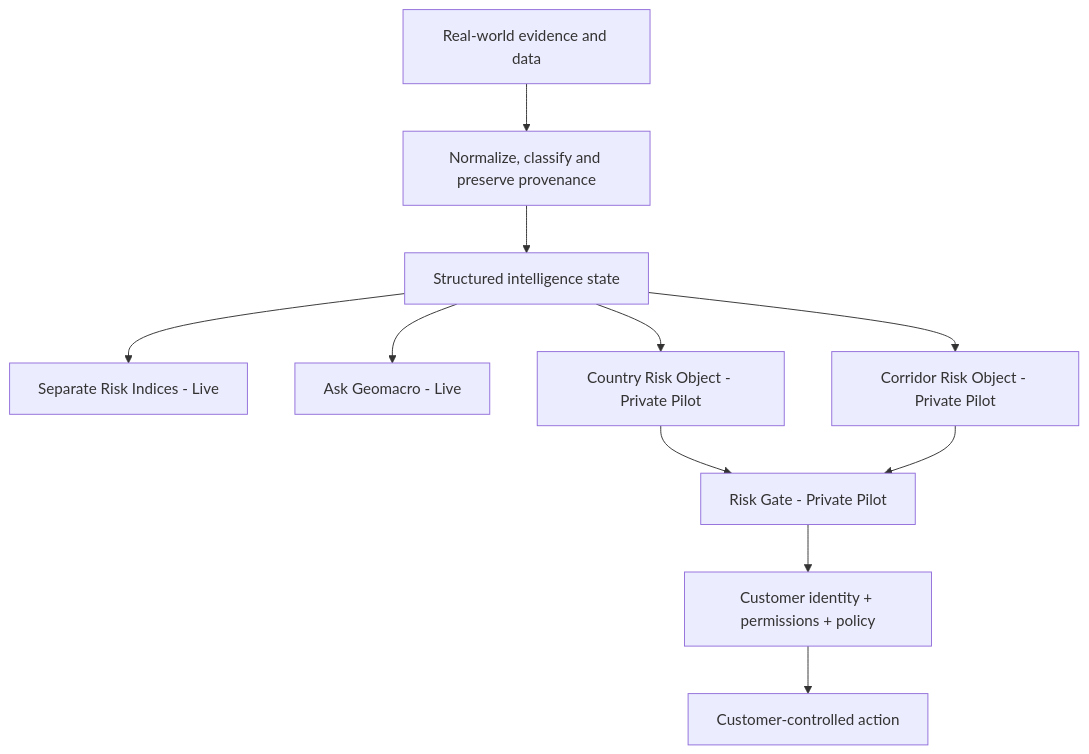
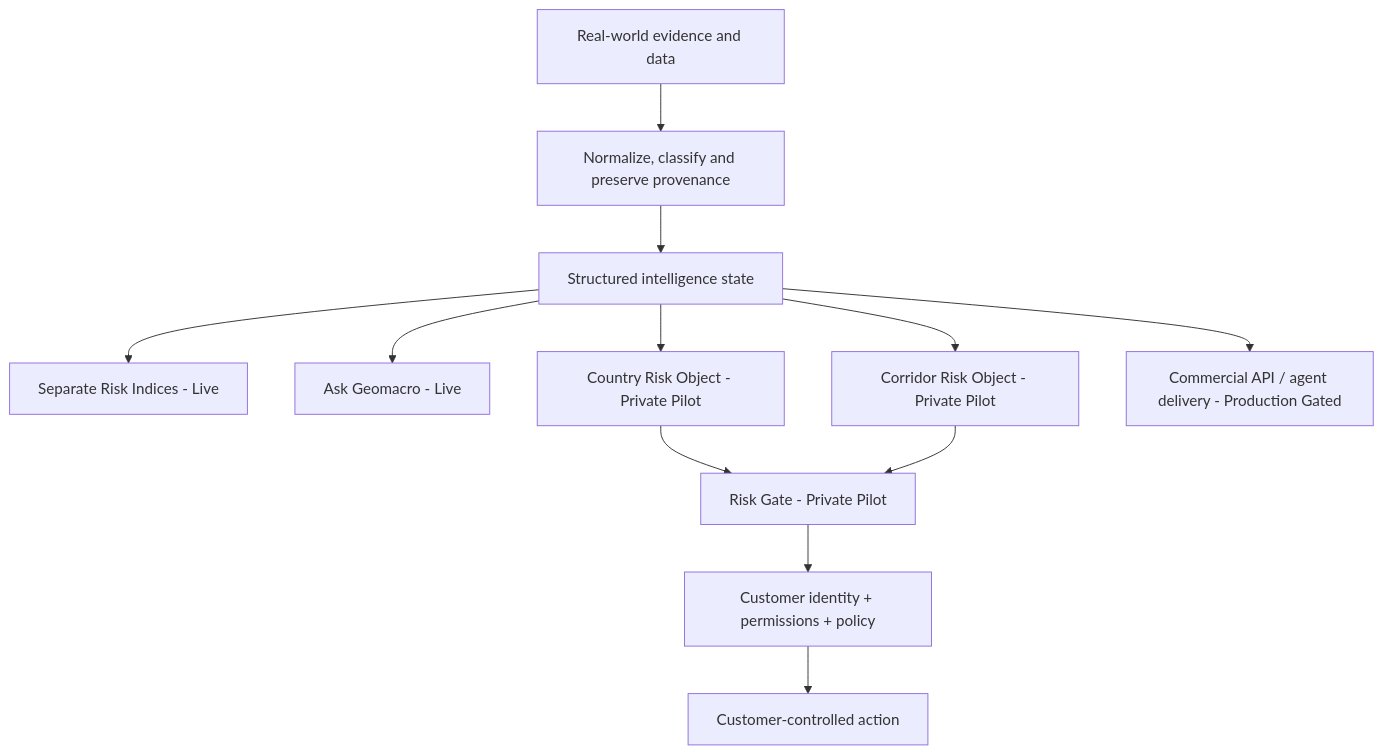
One commit to blocknine0/geomacro changed the first of 2 diagrams in src/content/docs/02-product-architecture.md. Above: the diagram before and after it, drawn with Mermaid.

Commit message:
Align product architecture with commercial delivery status

````diff
--- a/src/content/docs/02-product-architecture.md
+++ b/src/content/docs/02-product-architecture.md
@@ -7,13 +7,14 @@
 ```mermaid
 flowchart TD
     EVIDENCE["Real-world evidence and data"] --> NORMALIZE["Normalize, classify and preserve provenance"]
     NORMALIZE --> STATE["Structured intelligence state"]
     STATE --> INDICES["Separate Risk Indices - Live"]
     STATE --> ASK["Ask Geomacro - Live"]
     STATE --> COUNTRY["Country Risk Object - Private Pilot"]
     STATE --> CORRIDOR["Corridor Risk Object - Private Pilot"]
+    STATE --> DELIVERY["Commercial API / agent delivery - Production Gated"]
     COUNTRY --> GATE["Risk Gate - Private Pilot"]
     CORRIDOR --> GATE
     GATE --> POLICY["Customer identity + permissions + policy"]
     POLICY --> ACTION["Customer-controlled action"]
 ```
````
